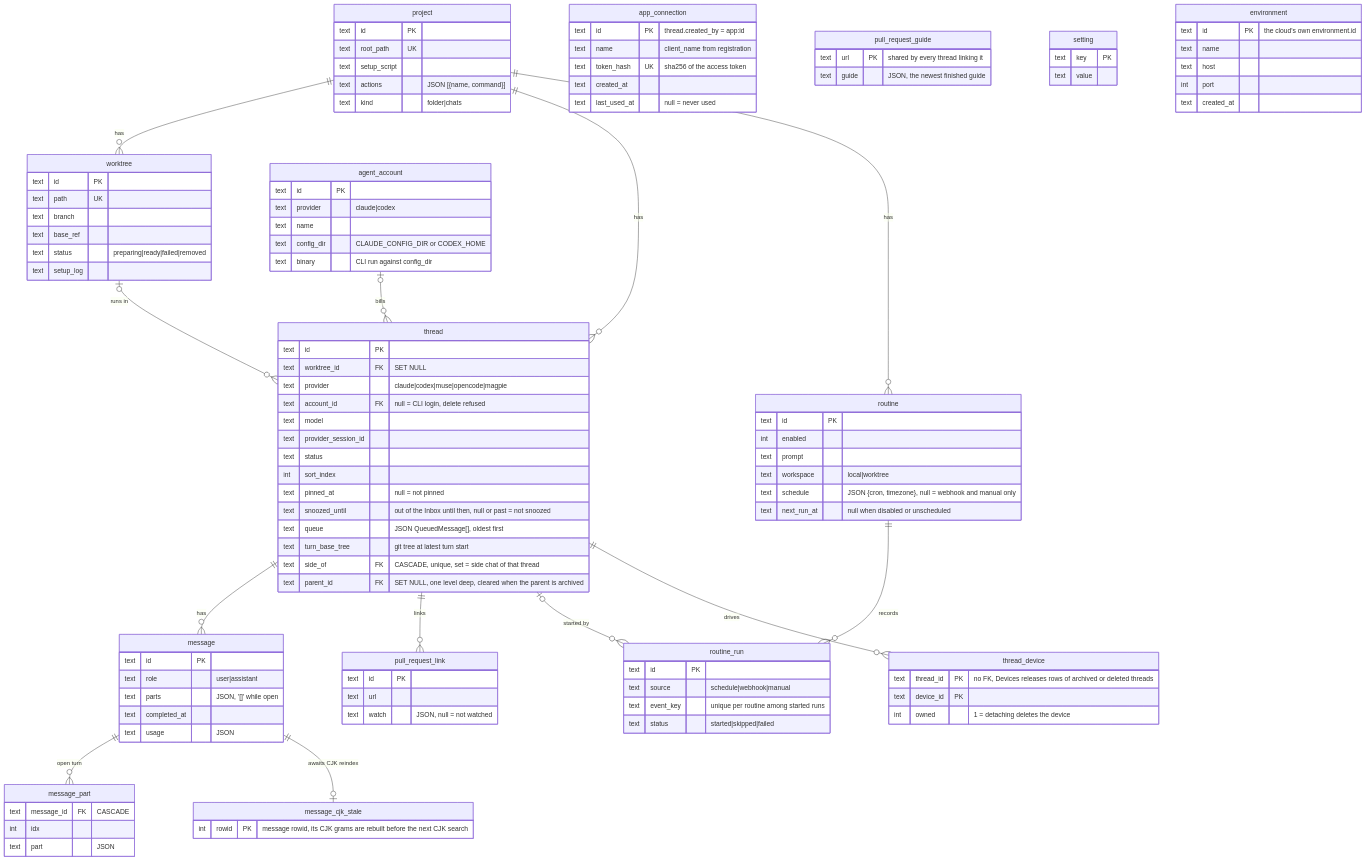
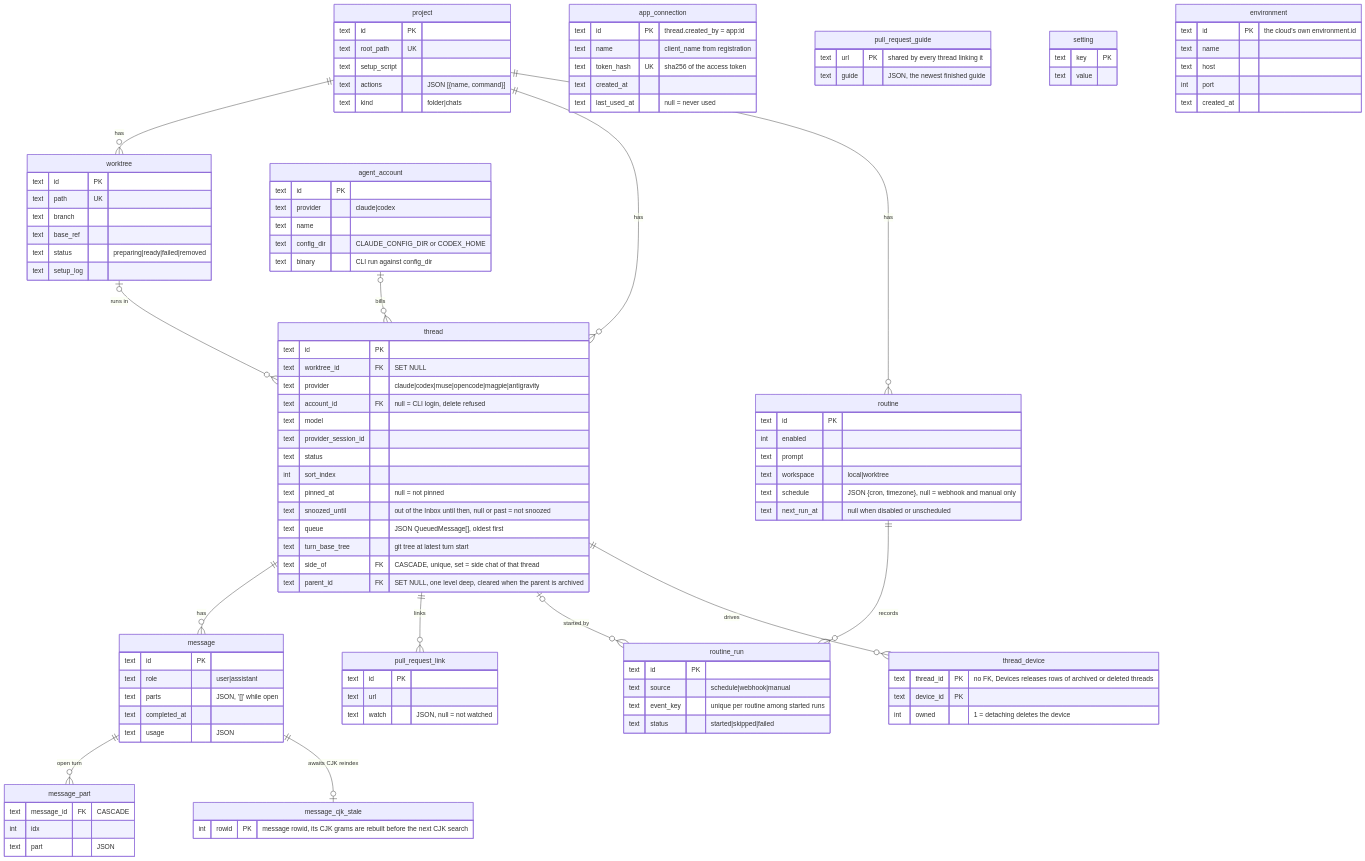
Before and after one commit to hinadev-ai/hinacode: diagram 12 of 19 in docs/arch.md, drawn with Mermaid. The commit also changed other lines of this file and 4 other files, not shown here.

```diff
--- a/docs/arch.md
+++ b/docs/arch.md
@@ -452,7 +452,7 @@
   thread {
     text id PK
     text worktree_id FK "SET NULL"
-    text provider "claude|codex|muse|opencode|magpie"
+    text provider "claude|codex|muse|opencode|magpie|antigravity"
     text account_id FK "null = CLI login, delete refused"
     text model
     text provider_session_id
```
